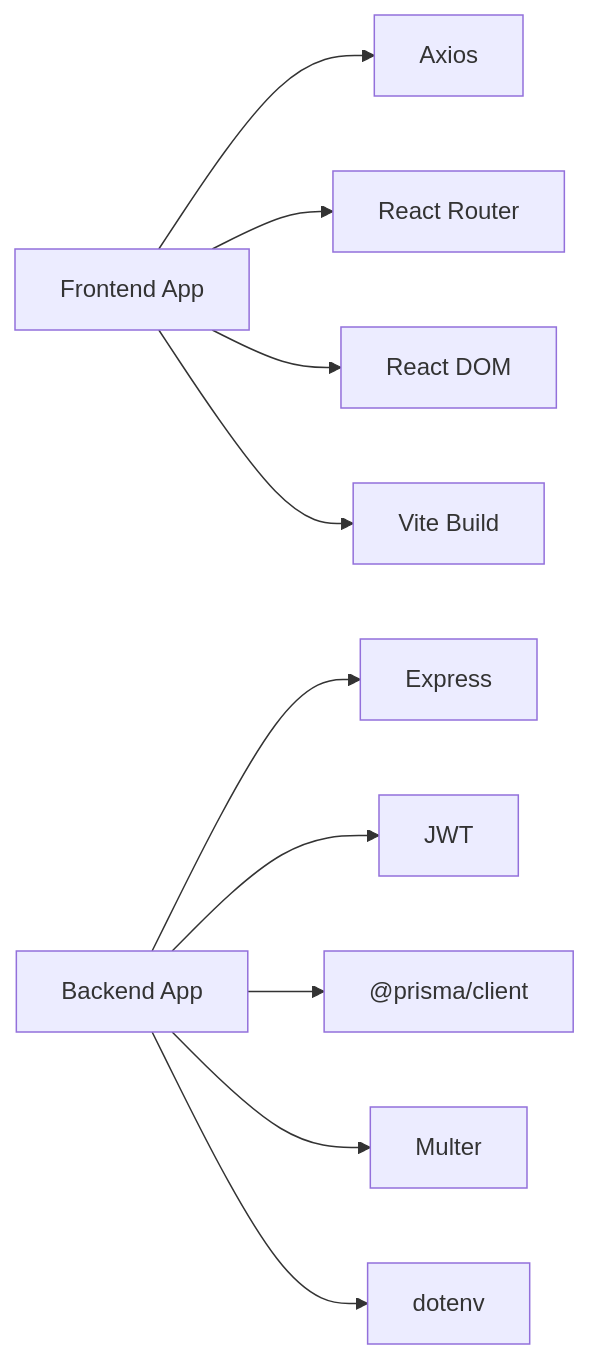
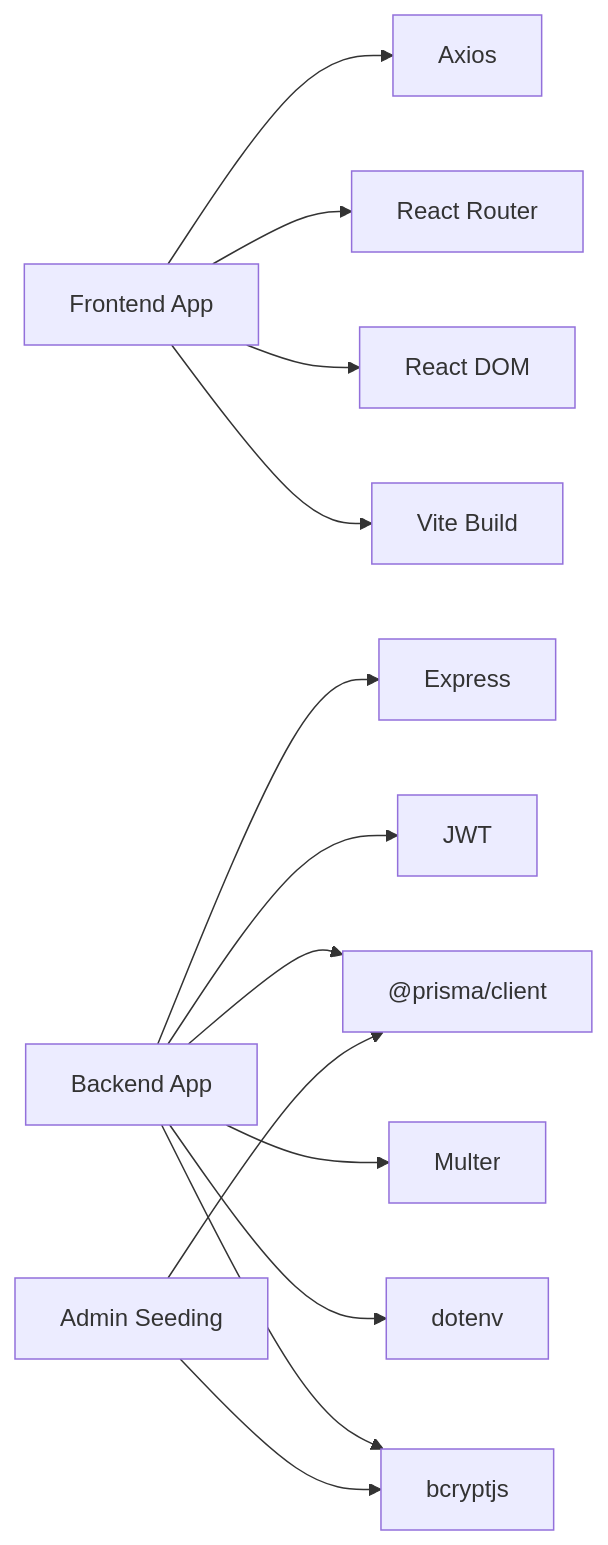
The third of 3 diagrams in .qoder/repowiki/en/content/Deployment & DevOps.md (NaveenHiranya/Smart-Vehicle-Insurance-Claim-System), drawn with Mermaid before and after one commit. The commit also changed other lines of this file and 65 other files, not shown here.

````diff
--- a/.qoder/repowiki/en/content/Deployment & DevOps.md
+++ b/.qoder/repowiki/en/content/Deployment & DevOps.md
@@ -319,12 +395,15 @@
 ```mermaid
 graph LR
 FE["Frontend App"] --> AX["Axios"]
 FE --> RT["React Router"]
 FE --> RDOM["React DOM"]
 FE --> VITE["Vite Build"]
 BE["Backend App"] --> EXP["Express"]
 BE --> JWT["JWT"]
 BE --> PRISMA["@prisma/client"]
 BE --> MUL["Multer"]
 BE --> ENV["dotenv"]
+BE --> BCRYPT["bcryptjs"]
+SEED["Admin Seeding"] --> PRISMA
+SEED --> BCRYPT
 ```
````
